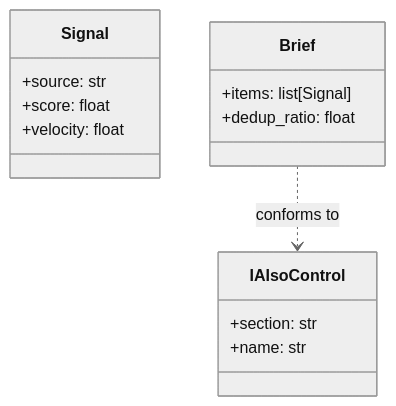
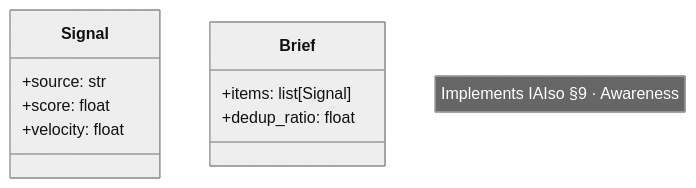
The first of 2 diagrams in README.md (SmartTasksOrg/sf-smartfeed), drawn with Mermaid (neutral theme) before and after one commit. The commit also changed other lines of this file and 1 other file, not shown here.

First line of the commit message:
Family list and diagrams from family.json; UML matches the code

````diff
--- a/README.md
+++ b/README.md
@@ -79,17 +79,13 @@
 ```mermaid
 classDiagram
     class Signal {
       +source: str
       +score: float
       +velocity: float
     }
     class Brief {
       +items: list[Signal]
       +dedup_ratio: float
     }
-    class IAIsoControl {
-      +section: str
-      +name: str
-    }
-    Brief ..> IAIsoControl : conforms to
+    note "Implements IAIso §9 · Awareness"
 ```
````
